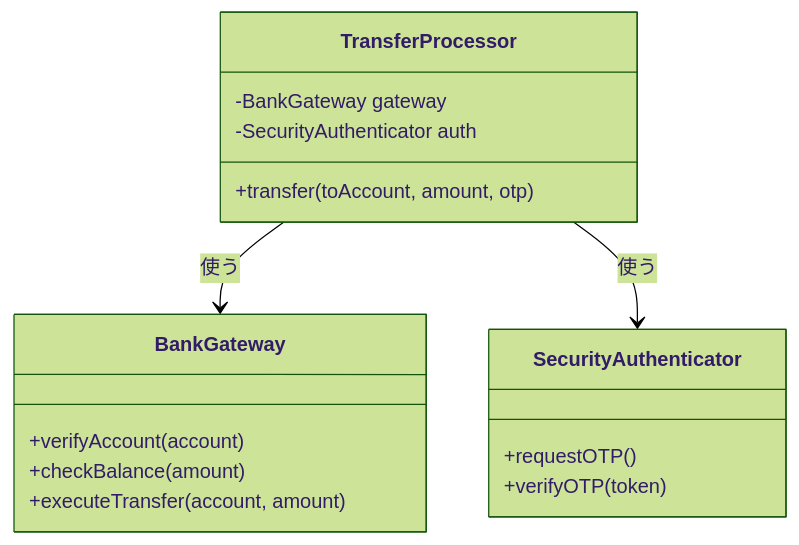
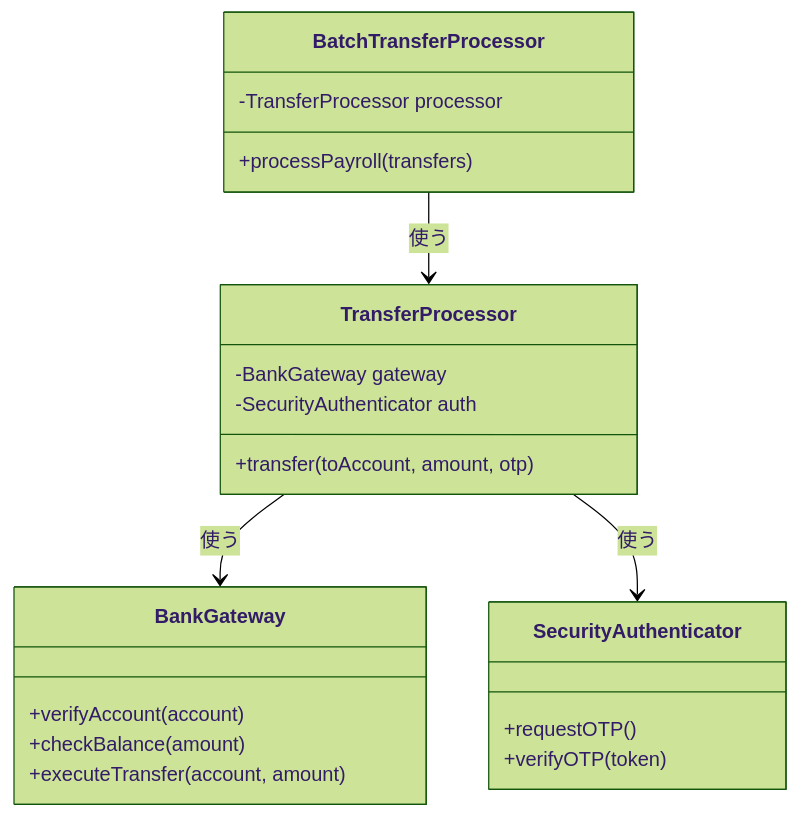
The first of 5 diagrams in kindle/design-patterns/output/chapter02.md (kumachan1101-pixel/DesignPattern), drawn with Mermaid (forest theme) before and after one commit. The commit also changed other lines of this file, not shown here.

Commit message:
fix(ch02): add BatchTransferProcessor to Phase 1 existing code (R5-06)

````diff
--- a/kindle/design-patterns/output/chapter02.md
+++ b/kindle/design-patterns/output/chapter02.md
@@ -75,20 +75,25 @@
 ```mermaid
 classDiagram
+    class BatchTransferProcessor {
+        -TransferProcessor processor
+        +processPayroll(transfers)
+    }
     class TransferProcessor {
         -BankGateway gateway
         -SecurityAuthenticator auth
         +transfer(toAccount, amount, otp)
     }
     class BankGateway {
         +verifyAccount(account)
         +checkBalance(amount)
         +executeTransfer(account, amount)
     }
     class SecurityAuthenticator {
         +requestOTP()
         +verifyOTP(token)
     }
 
+    BatchTransferProcessor --> TransferProcessor : 使う
     TransferProcessor --> BankGateway : 使う
     TransferProcessor --> SecurityAuthenticator : 使う
 ```
````
